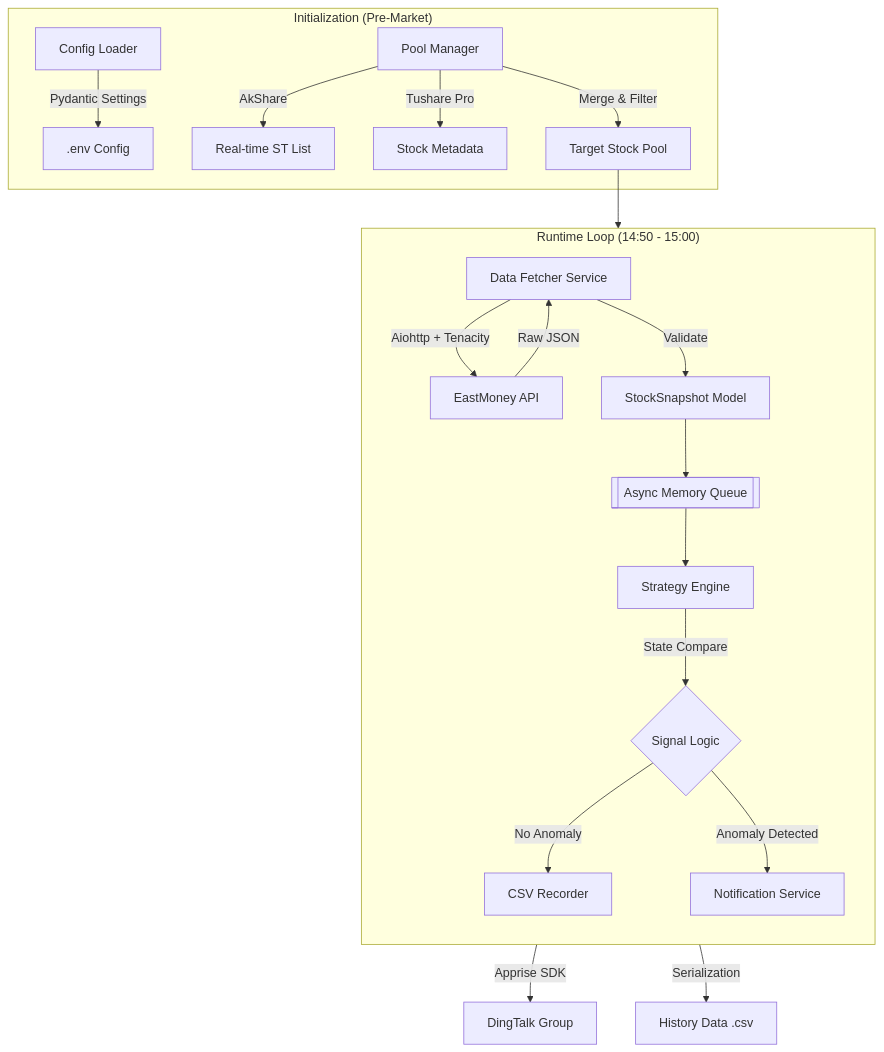
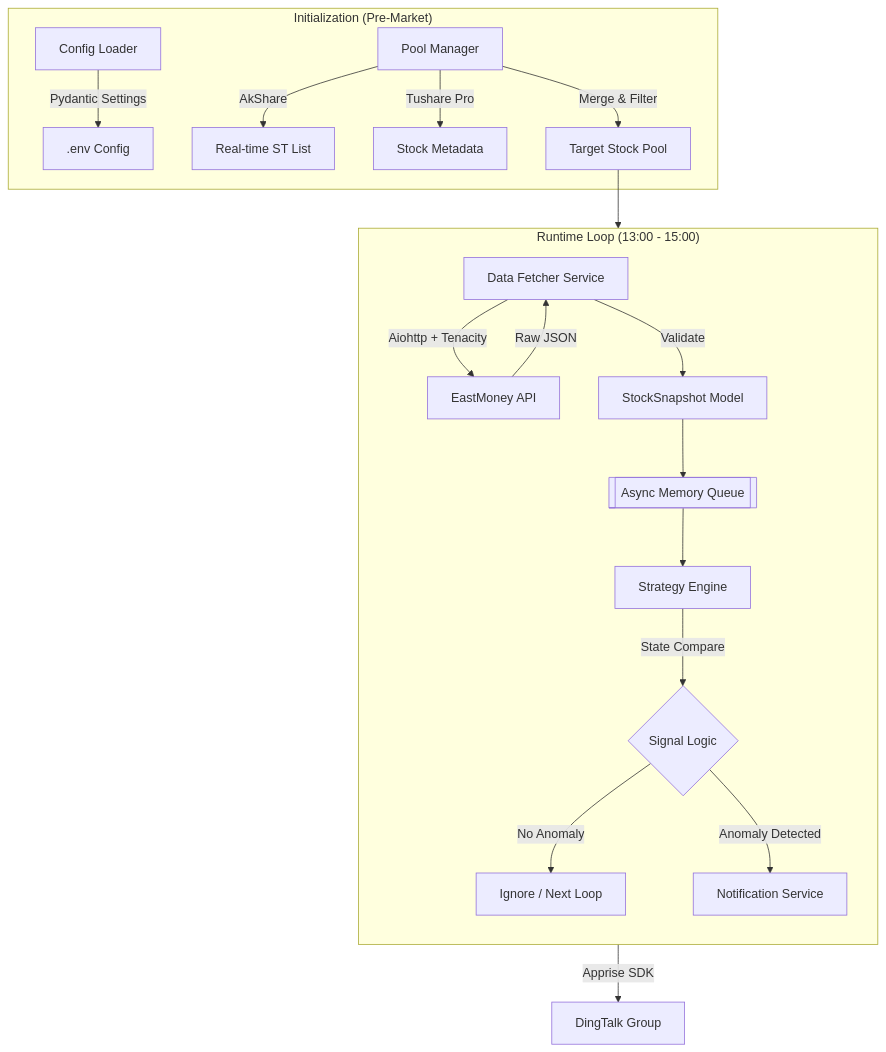
One commit to yukun80/Quant_Gutao_chaodi changed the diagram in doc/Development_White_Paper.md. Above: the diagram before and after it, drawn with Mermaid. The commit also changed other lines of this file, not shown here.

````diff
--- a/doc/Development_White_Paper.md
+++ b/doc/Development_White_Paper.md
@@ -47,32 +41,30 @@
 ```mermaid
 graph TD
     subgraph "Initialization (Pre-Market)"
         A[Config Loader] -->|Pydantic Settings| ENV[.env Config]
         B[Pool Manager] -->|AkShare| API1[Real-time ST List]
         B -->|Tushare Pro| API2[Stock Metadata]
         B -->|Merge & Filter| POOL[Target Stock Pool]
     end
 
-    subgraph "Runtime Loop (14:50 - 15:00)"
+    subgraph "Runtime Loop (13:00 - 15:00)"
         direction TB
         PRODUCER[Data Fetcher Service]
         QUEUE[[Async Memory Queue]]
         CONSUMER[Strategy Engine]
         
         POOL --> PRODUCER
         PRODUCER -->|Aiohttp + Tenacity| EM_API[EastMoney API]
         EM_API -->|Raw JSON| PRODUCER
         PRODUCER -->|Validate| MODEL[StockSnapshot Model]
         MODEL --> QUEUE
         
         QUEUE --> CONSUMER
         CONSUMER -->|State Compare| LOGIC{Signal Logic}
         
-        LOGIC -->|No Anomaly| RECORDER[CSV Recorder]
+        LOGIC -->|No Anomaly| PASS[Ignore / Next Loop]
         LOGIC -->|Anomaly Detected| ALERT[Notification Service]
     end
 
     ALERT -->|Apprise SDK| DING[DingTalk Group]
-    RECORDER -->|Serialization| DISK[History Data .csv]
-
 ```
````
